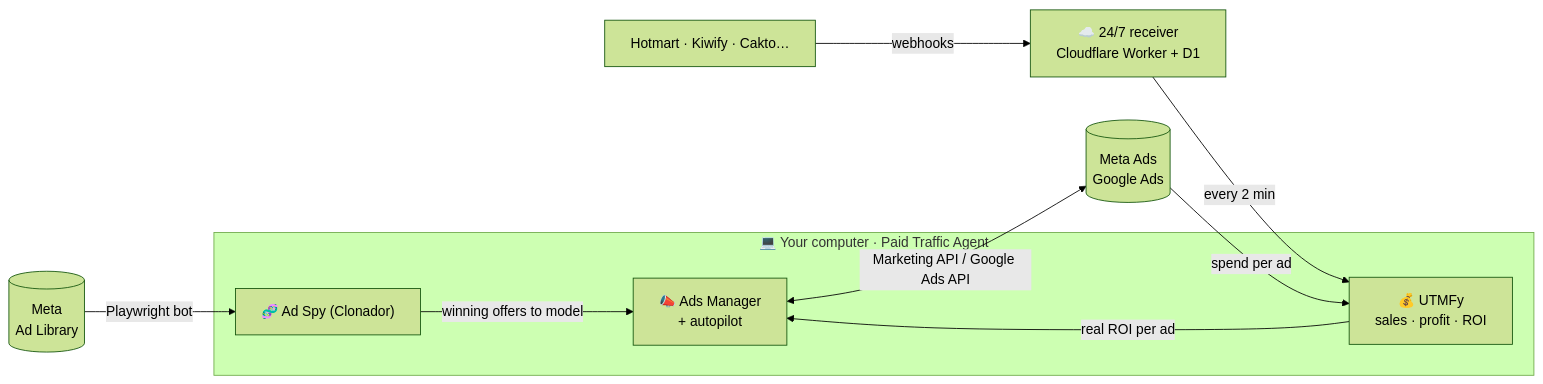
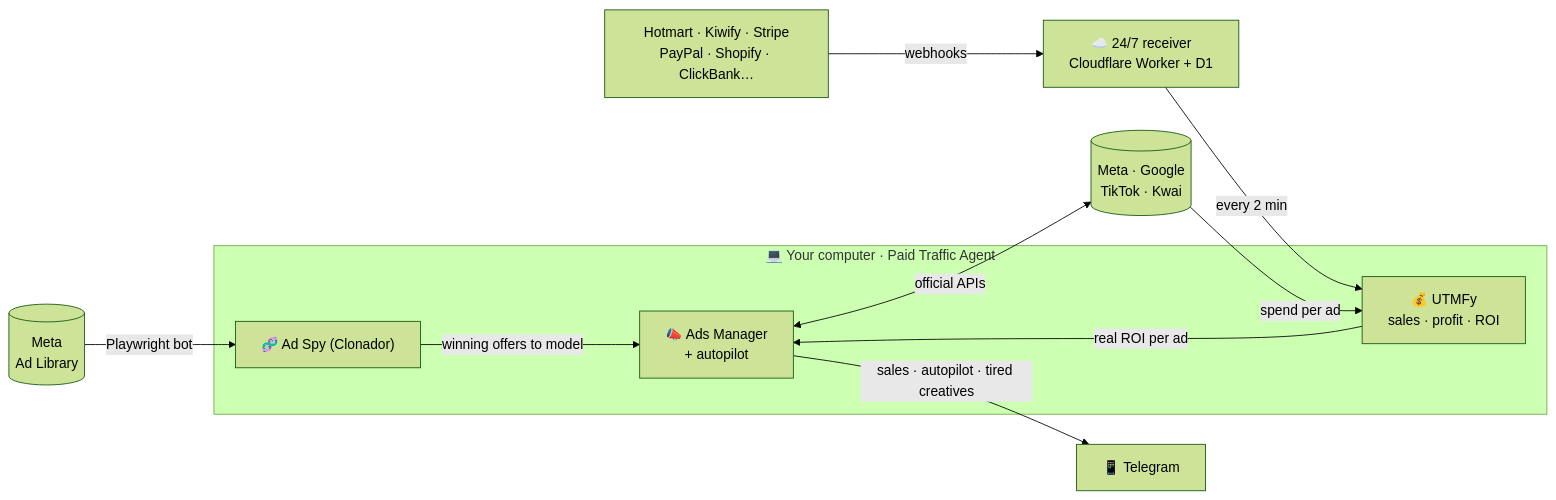
Before and after one commit to AlvaroBaarros/paid-traffic-agent: the diagram in README.en.md, drawn with Mermaid (forest theme). The commit also changed other lines of this file and 39 other files, not shown here.

First line of the commit message:
v0.2.0-beta: TikTok, Kwai, English/Portuguese, Telegram, creative refresh, refunds, US/EU/BR gateways and currencies

````diff
--- a/README.en.md
+++ b/README.en.md
@@ -74,15 +81,16 @@
 ```mermaid
 flowchart LR
     subgraph PC["💻 Your computer · Paid Traffic Agent"]
         C["🧬 Ad Spy (Clonador)"]
         G["📣 Ads Manager<br/>+ autopilot"]
         U["💰 UTMFy<br/>sales · profit · ROI"]
     end
     BA[("Meta<br/>Ad Library")] -->|Playwright bot| C
-    G <-->|"Marketing API / Google Ads API"| ADS[("Meta Ads<br/>Google Ads")]
-    CK["Hotmart · Kiwify · Cakto…"] -->|webhooks| W["☁️ 24/7 receiver<br/>Cloudflare Worker + D1"]
+    G <-->|official APIs| ADS[("Meta · Google<br/>TikTok · Kwai")]
+    CK["Hotmart · Kiwify · Stripe<br/>PayPal · Shopify · ClickBank…"] -->|webhooks| W["☁️ 24/7 receiver<br/>Cloudflare Worker + D1"]
     W -->|every 2 min| U
     ADS -->|spend per ad| U
     U -->|real ROI per ad| G
     C -->|winning offers to model| G
+    G -->|sales · autopilot · tired creatives| TG["📱 Telegram"]
 ```
````
